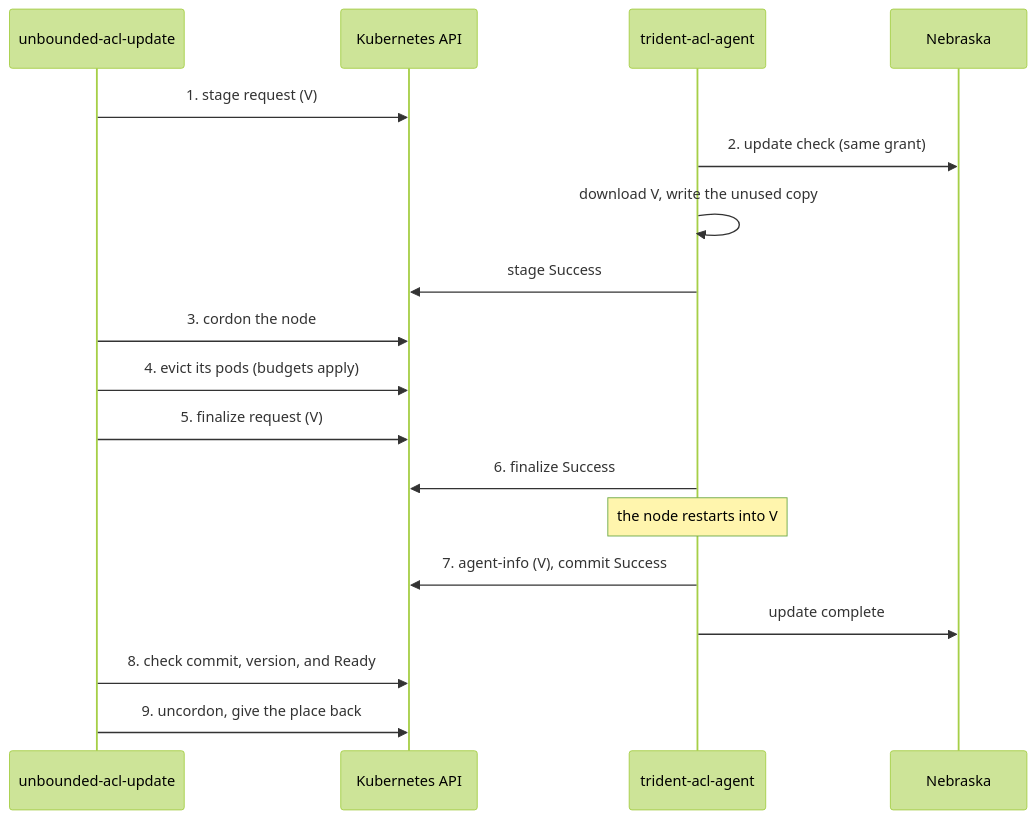
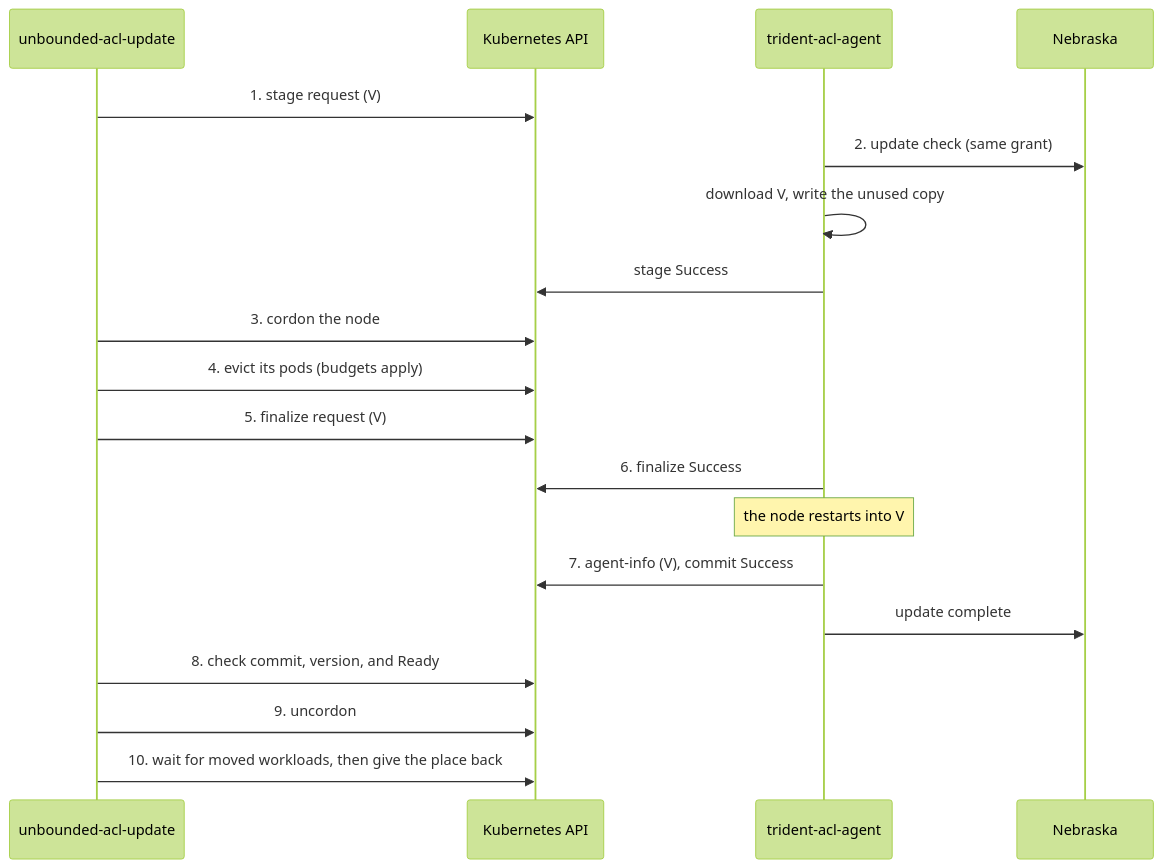
Before and after one commit to Azure/unbounded: the fifth of 7 diagrams in designs/unbounded-acl-update.md, drawn with Mermaid (forest theme). The commit also changed other lines of this file, not shown here.

````diff
--- a/designs/unbounded-acl-update.md
+++ b/designs/unbounded-acl-update.md
@@ -455,21 +473,22 @@
 ```mermaid
 sequenceDiagram
     participant Service as unbounded-acl-update
     participant API as Kubernetes API
     participant Agent as trident-acl-agent
     participant Nebraska
 
     Service->>API: 1. stage request (V)
     Agent->>Nebraska: 2. update check (same grant)
     Agent->>Agent: download V, write the unused copy
     Agent->>API: stage Success
     Service->>API: 3. cordon the node
     Service->>API: 4. evict its pods (budgets apply)
     Service->>API: 5. finalize request (V)
     Agent->>API: 6. finalize Success
     Note over Agent: the node restarts into V
     Agent->>API: 7. agent-info (V), commit Success
     Agent->>Nebraska: update complete
     Service->>API: 8. check commit, version, and Ready
-    Service->>API: 9. uncordon, give the place back
+    Service->>API: 9. uncordon
+    Service->>API: 10. wait for moved workloads, then give the place back
 ```
````
